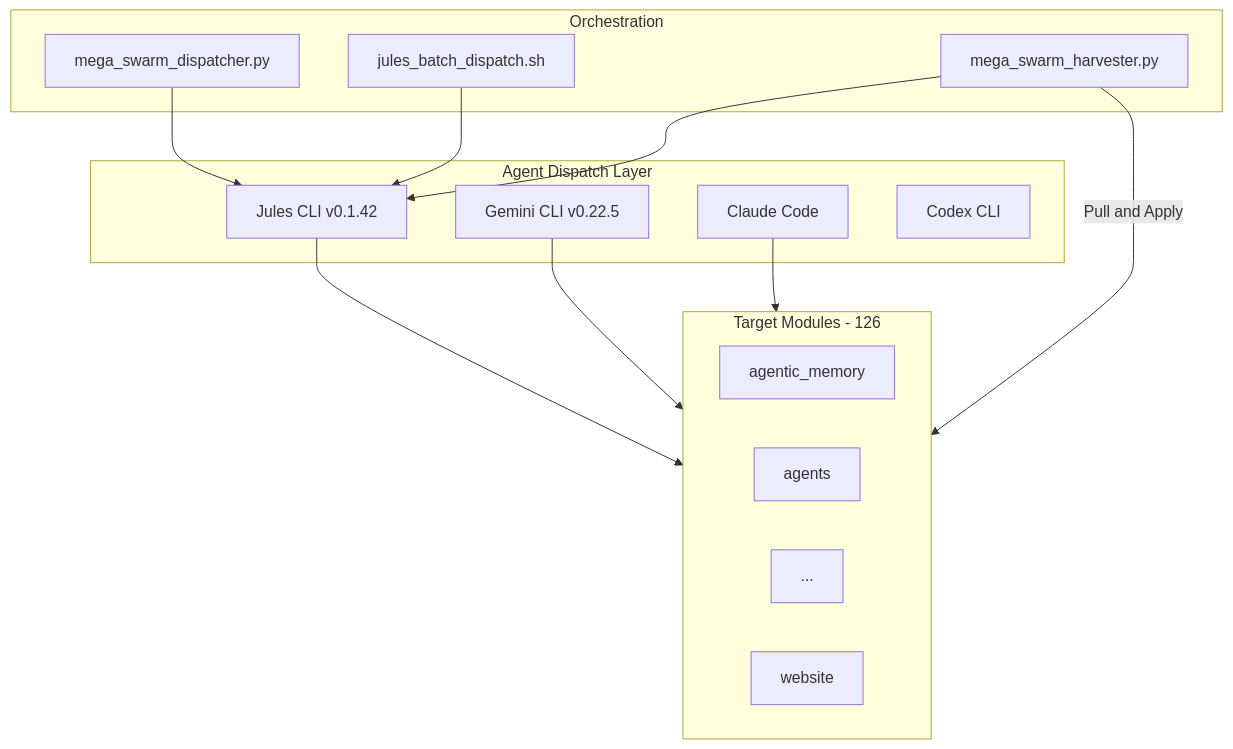
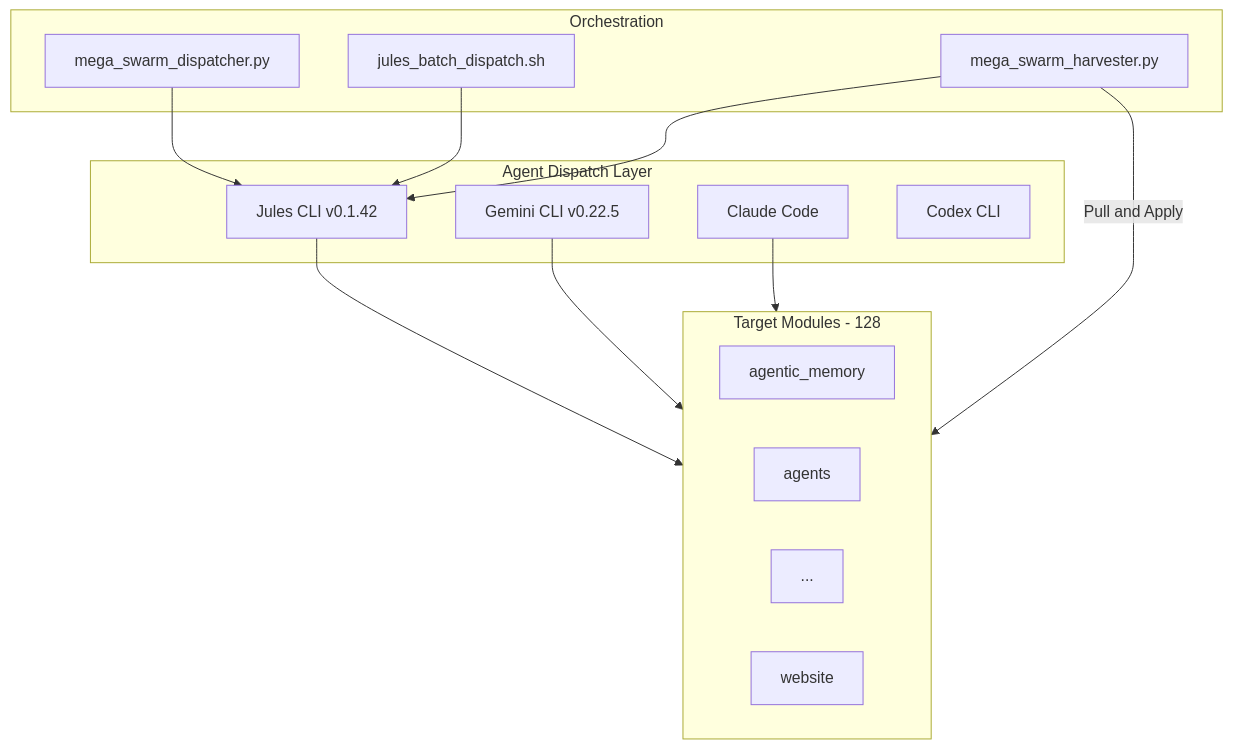
The fourth of 7 diagrams in README.md (docxology/codomyrmex), drawn with Mermaid before and after one commit. The commit also changed other lines of this file and 66 other files, not shown here.

````diff
--- a/README.md
+++ b/README.md
@@ -581,30 +581,30 @@
 ```mermaid
 graph TD
     subgraph Dispatch["Agent Dispatch Layer"]
         Jules["Jules CLI v0.1.42"]
         GeminiCLI["Gemini CLI v0.22.5"]
         Claude["Claude Code"]
         Codex["Codex CLI"]
     end
 
     subgraph Orchestration["Orchestration"]
         BatchDispatch["jules_batch_dispatch.sh"]
         MegaSwarm["mega_swarm_dispatcher.py"]
         Harvester["mega_swarm_harvester.py"]
     end
 
-    subgraph Targets["Target Modules - 126"]
+    subgraph Targets["Target Modules - 128"]
         M1["agentic_memory"]
         M2["agents"]
         Mdots["..."]
         M95["website"]
     end
 
     MegaSwarm --> Jules
     BatchDispatch --> Jules
     Jules --> Targets
     GeminiCLI --> Targets
     Claude --> Targets
     Harvester --> Jules
     Harvester -->|"Pull and Apply"| Targets
 ```
````
